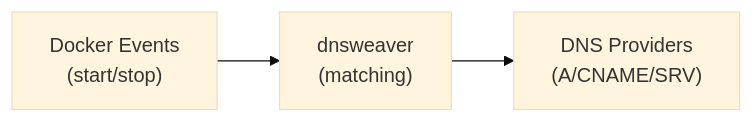
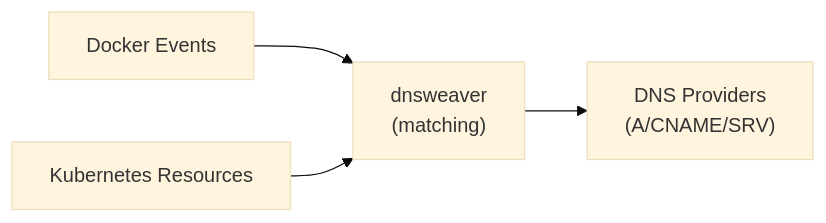
Before and after one commit to AnotherGenZ/dnsweaver: the diagram in docs/index.md, drawn with Mermaid (base theme). The commit also changed other lines of this file and 9 other files, not shown here.

First line of the commit message:
docs: comprehensive v1.0 documentation refresh for Docker + Kubernetes parity

````diff
--- a/docs/index.md
+++ b/docs/index.md
@@ -54,5 +54,6 @@
 ```mermaid
 flowchart LR
-    A["Docker Events<br/>(start/stop)"] --> B["dnsweaver<br/>(matching)"]
+    A["Docker Events"] --> B["dnsweaver<br/>(matching)"]
+    D["Kubernetes Resources"] --> B
     B --> C["DNS Providers<br/>(A/CNAME/SRV)"]
 ```
````
